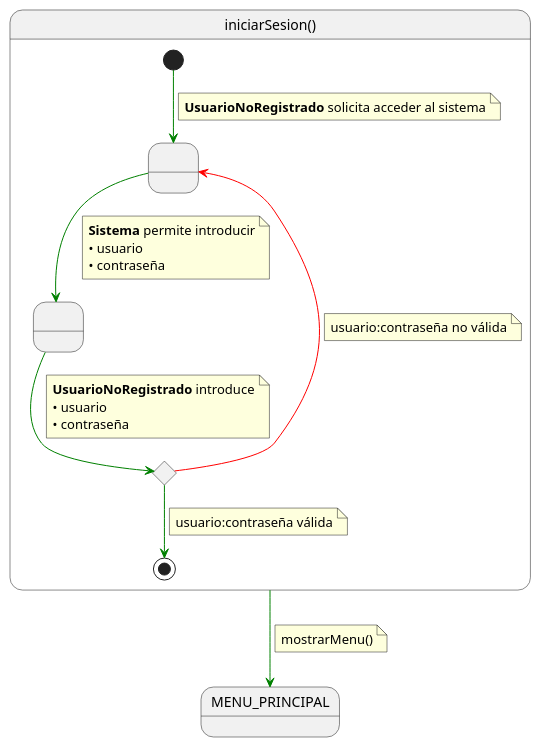
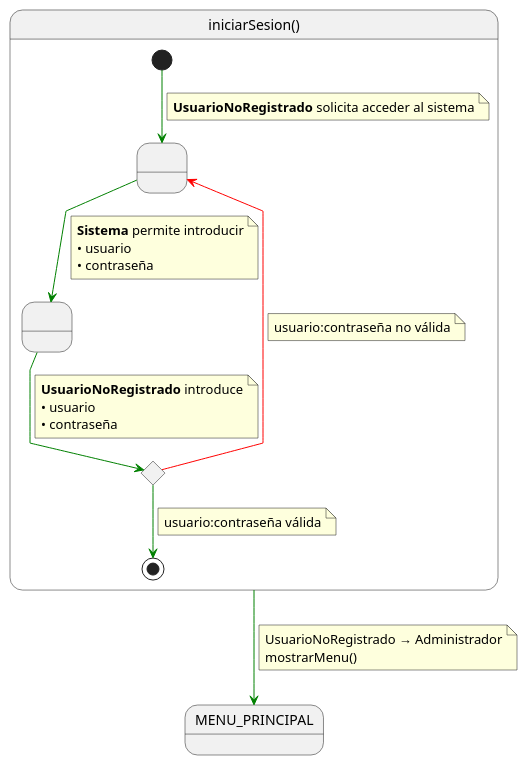
One commit to Hexcss/scheduler changed the diagram in 01-Inception/casos-uso-detalle/iniciarSesion.puml. Above: the diagram before and after it, drawn with PlantUML. The commit also changed 4 other files, not shown here.

First line of the commit message:
feat:Actualizar el caso de uso IniciarSesion y diagramas

```diff
--- a/01-Inception/casos-uso-detalle/iniciarSesion.puml
+++ b/01-Inception/casos-uso-detalle/iniciarSesion.puml
@@ -1,44 +1,47 @@
 @startuml iniciarSesion
+
+skinparam linetype polyline
 
 state iniciarSesion as "iniciarSesion()" {
 
     state " " as SolicitandoAcceso
     state " " as ProporcionandoCredenciales  
     state c <<choice>>
 
     [*] -[#green]-> SolicitandoAcceso 
     note on link
     <b>UsuarioNoRegistrado</b> solicita acceder al sistema
     end note    
     
     SolicitandoAcceso -[#green]-> ProporcionandoCredenciales
     note on link
     <b>Sistema</b> permite introducir
     • usuario
     • contraseña
     end note
     
     ProporcionandoCredenciales -[#green]-> c
     note on link
     <b>UsuarioNoRegistrado</b> introduce
     • usuario
     • contraseña
     end note
     
     c -[#red]-> SolicitandoAcceso
     note on link
     usuario:contraseña no válida
     end note
 
     c -[#green]-> [*]
     note on link
     usuario:contraseña válida
     end note
 }
 
 iniciarSesion -[#green]-> MENU_PRINCIPAL
 note on link
+UsuarioNoRegistrado → Administrador
 mostrarMenu()
 end note
 
 @enduml
```
